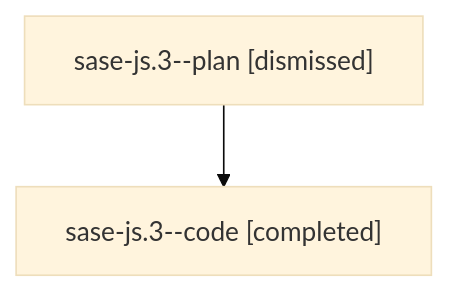
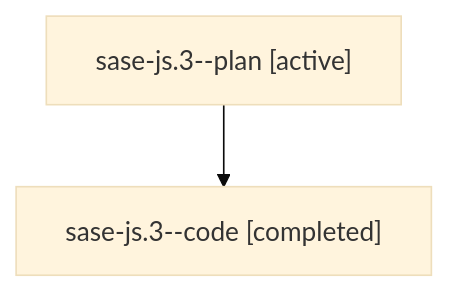
Before and after one commit to sase-org/sase--agents: the diagram in families/bbugyi200.athena.sase-js.3.md, drawn with Mermaid (base theme). The commit also changed other lines of this file and 35830 other files, not shown here.

````diff
--- a/families/bbugyi200.athena.sase-js.3.md
+++ b/families/bbugyi200.athena.sase-js.3.md
@@ -9,6 +9,6 @@
 ```mermaid
 flowchart TD
-  n0["sase-js.3--plan [dismissed]"]
+  n0["sase-js.3--plan [active]"]
   n1["sase-js.3--code [completed]"]
   n0 --> n1
 ```
````
